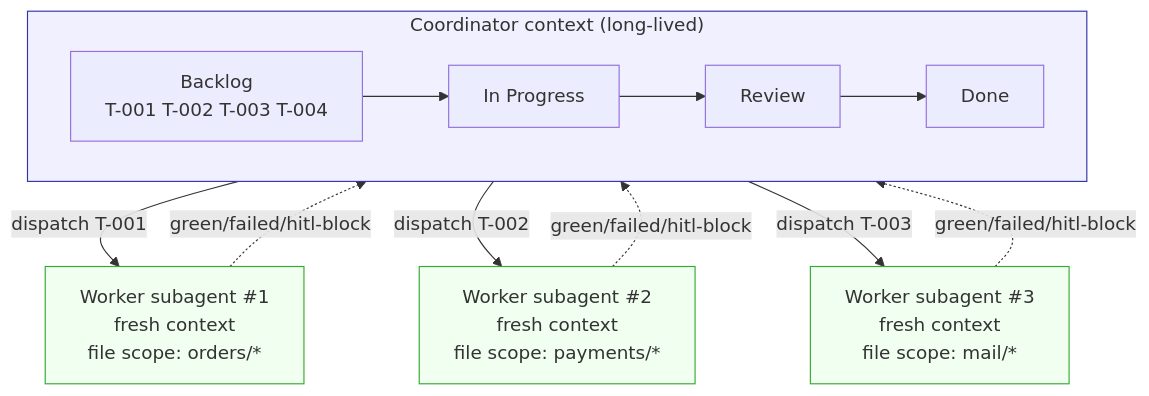
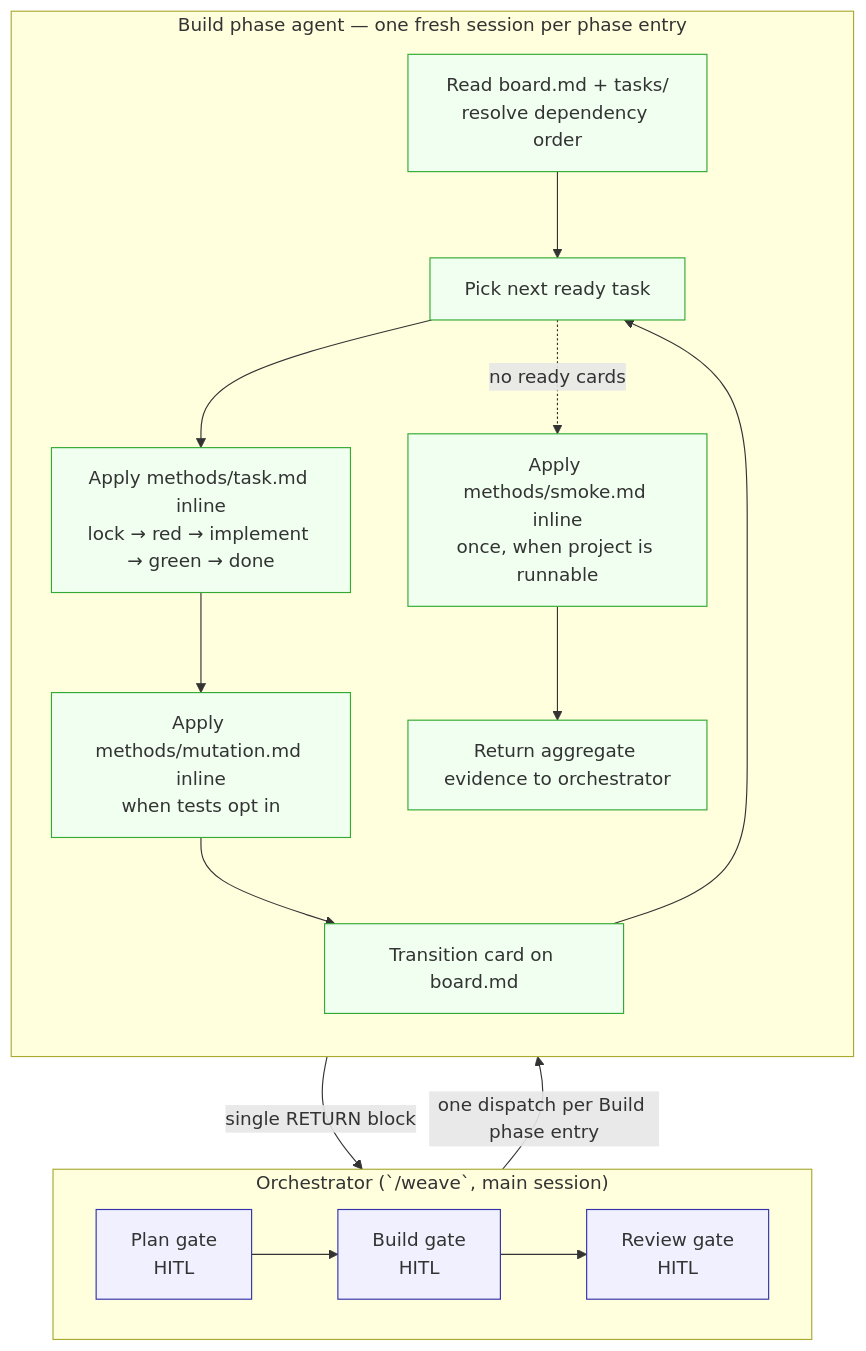
Before and after one commit to Zuhlek/loom: the sixth of 18 diagrams in orchestrator/weave/lifecycle-concepts-toc.md, drawn with Mermaid. The commit also changed other lines of this file and 379 other files, not shown here.

````diff
--- a/orchestrator/weave/lifecycle-concepts-toc.md
+++ b/orchestrator/weave/lifecycle-concepts-toc.md
@@ -508,24 +511,31 @@
 ```mermaid
 flowchart TB
-  subgraph CoordCtx["Coordinator context (long-lived)"]
+  subgraph Weave["Orchestrator (`/weave`, main session)"]
     direction LR
-    K1[Backlog<br/>T-001 T-002 T-003 T-004]
-    K2[In Progress]
-    K3[Review]
-    K4[Done]
-    K1 --> K2 --> K3 --> K4
+    G1[Plan gate<br/>HITL]
+    G2[Build gate<br/>HITL]
+    G3[Review gate<br/>HITL]
+    G1 --> G2 --> G3
   end
 
-  CoordCtx -- dispatch T-001 --> W1["Worker subagent #1<br/>fresh context<br/>file scope: orders/*"]
-  CoordCtx -- dispatch T-002 --> W2["Worker subagent #2<br/>fresh context<br/>file scope: payments/*"]
-  CoordCtx -- dispatch T-003 --> W3["Worker subagent #3<br/>fresh context<br/>file scope: mail/*"]
+  subgraph BuildSession["Build phase agent — one fresh session per phase entry"]
+    direction TB
+    Read[Read board.md + tasks/<br/>resolve dependency order]
+    Pick[Pick next ready task]
+    Method[Apply methods/task.md inline<br/>lock → red → implement → green → done]
+    Mut[Apply methods/mutation.md inline<br/>when tests opt in]
+    Trans[Transition card on board.md]
+    Smoke[Apply methods/smoke.md inline<br/>once, when project is runnable]
+    Return[Return aggregate evidence to orchestrator]
+    Read --> Pick --> Method --> Mut --> Trans --> Pick
+    Pick -.no ready cards.-> Smoke --> Return
+  end
 
-  W1 -.green/failed/hitl-block.-> CoordCtx
-  W2 -.green/failed/hitl-block.-> CoordCtx
-  W3 -.green/failed/hitl-block.-> CoordCtx
+  Weave -- one dispatch per Build phase entry --> BuildSession
+  BuildSession -- single RETURN block --> Weave
 
-  classDef ctx fill:#f0f0ff,stroke:#3333aa
-  classDef worker fill:#f0fff0,stroke:#33aa33
-  class CoordCtx ctx
-  class W1,W2,W3 worker
+  classDef weave fill:#f0f0ff,stroke:#3333aa
+  classDef build fill:#f0fff0,stroke:#33aa33
+  class G1,G2,G3 weave
+  class Read,Pick,Method,Mut,Trans,Smoke,Return build
 ```
````
